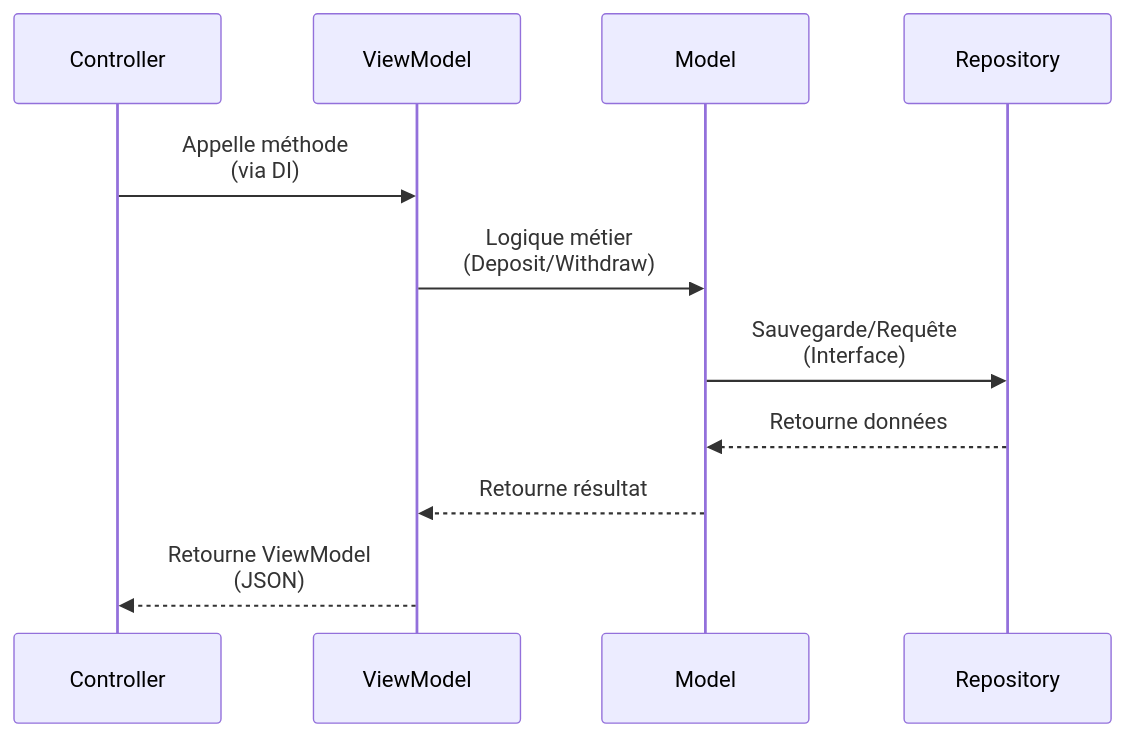
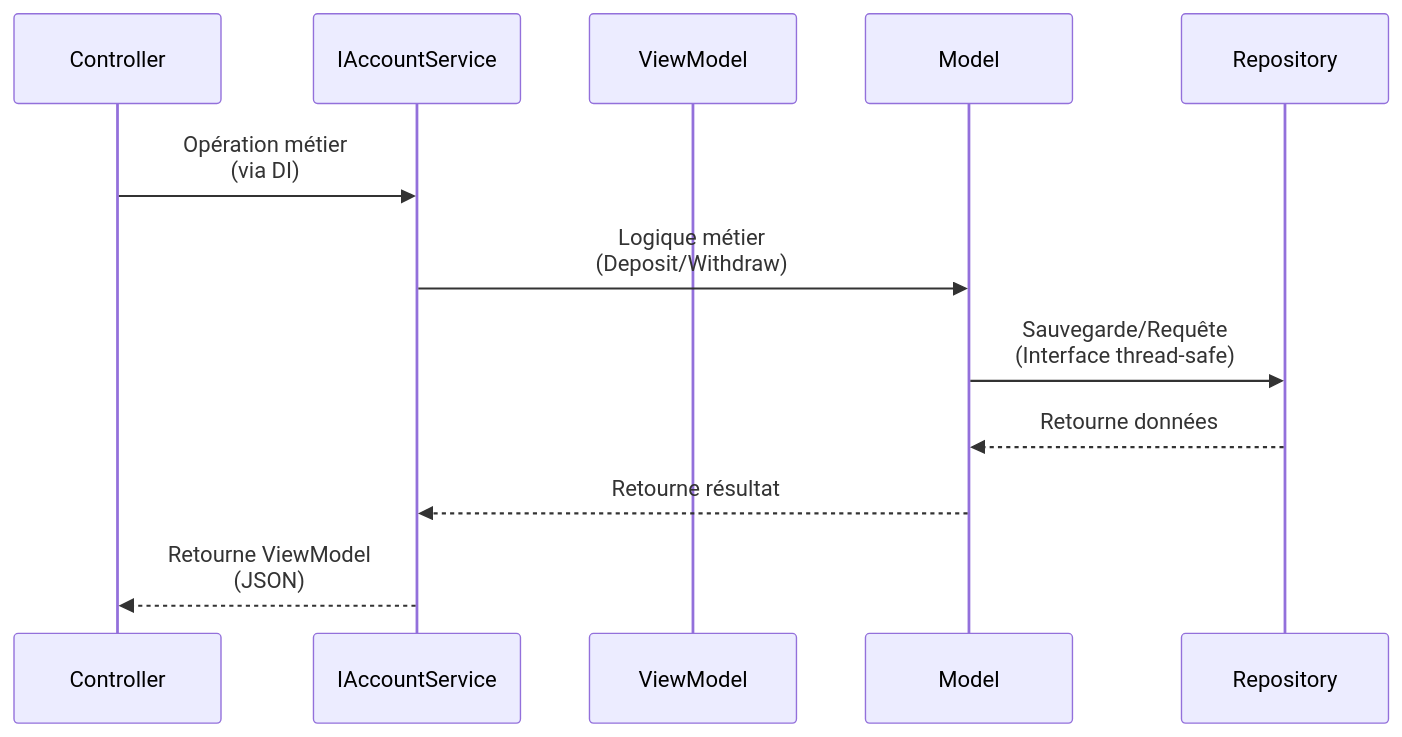
The second of 2 diagrams in README.md (EL-R1/BankingKata-MVVM), drawn with Mermaid before and after one commit. The commit also changed other lines of this file and 8 other files, not shown here.

First line of the commit message:
Refactor to proper MVVM with Service layer, thread-safety and ICommand

````diff
--- a/README.md
+++ b/README.md
@@ -108,14 +130,15 @@
 ```mermaid
 sequenceDiagram
     participant C as Controller
+    participant S as IAccountService
     participant VM as ViewModel
     participant M as Model
     participant R as Repository
 
-    C->>VM: Appelle méthode<br/>(via DI)
-    VM->>M: Logique métier<br/>(Deposit/Withdraw)
-    M->>R: Sauvegarde/Requête<br/>(Interface)
+    C->>S: Opération métier<br/>(via DI)
+    S->>M: Logique métier<br/>(Deposit/Withdraw)
+    M->>R: Sauvegarde/Requête<br/>(Interface thread-safe)
     R-->>M: Retourne données
-    M-->>VM: Retourne résultat
-    VM-->>C: Retourne ViewModel<br/>(JSON)
+    M-->>S: Retourne résultat
+    S-->>C: Retourne ViewModel<br/>(JSON)
 ```
````
